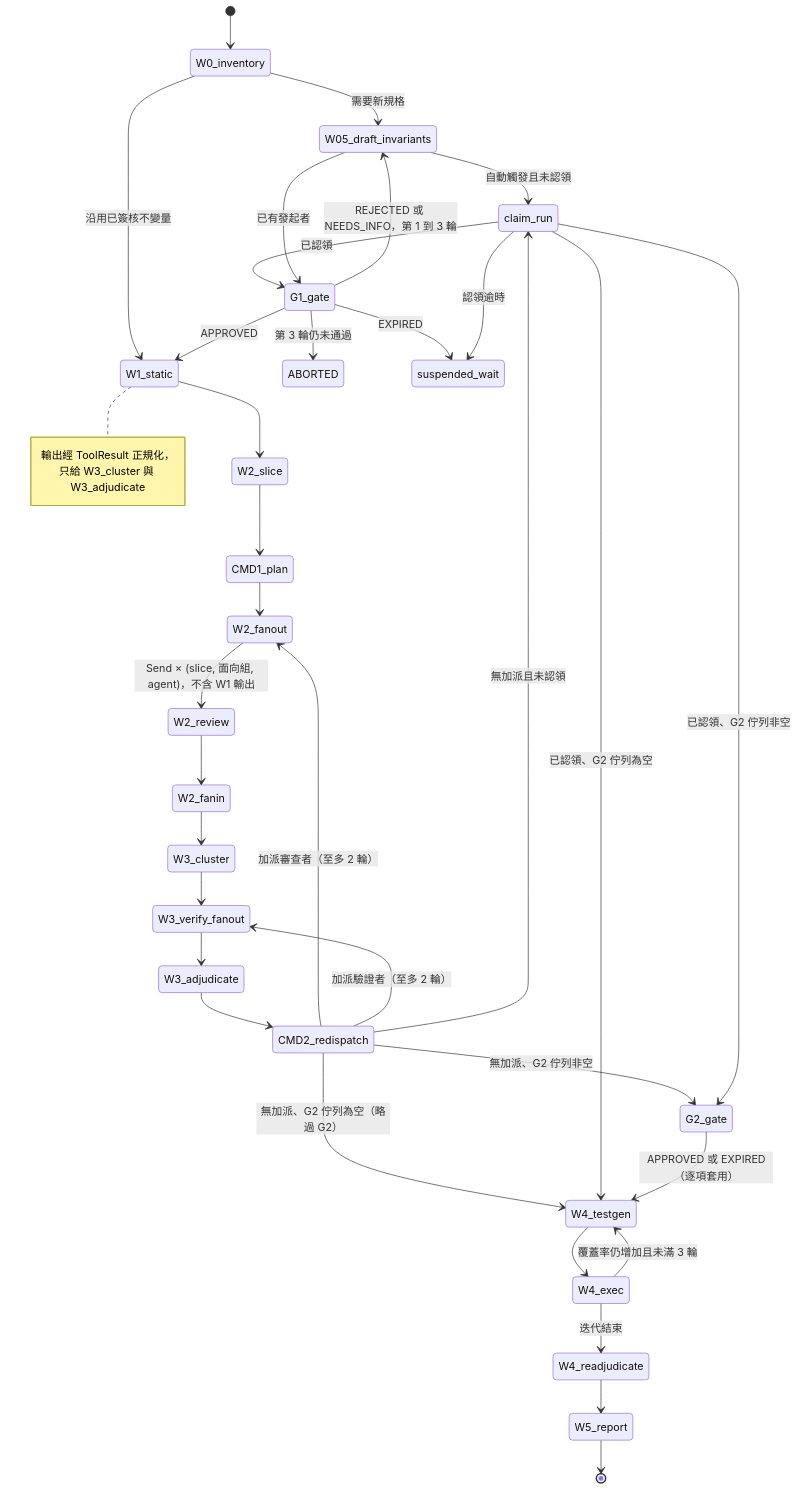
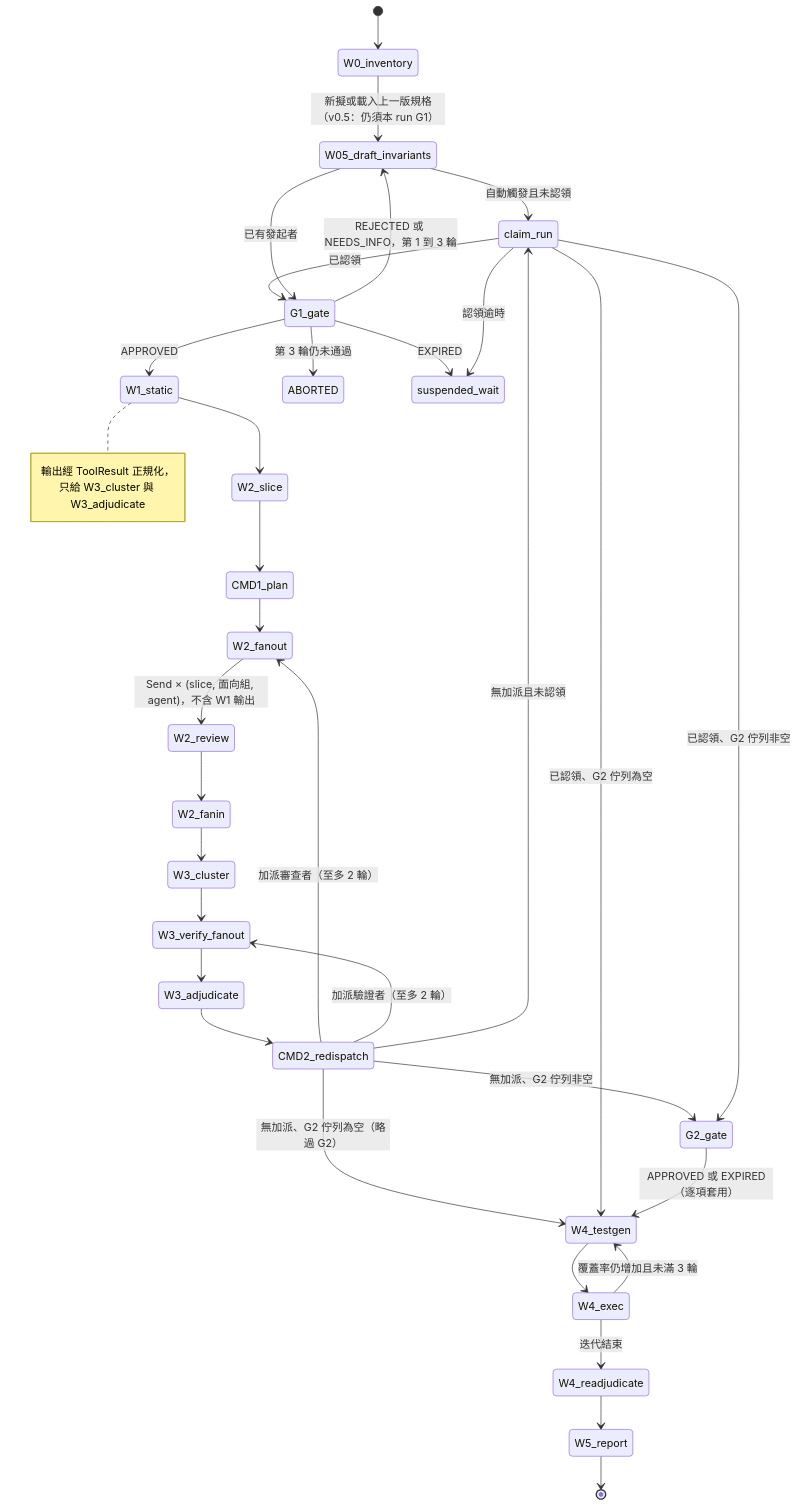
The fourth of 11 diagrams in docs/03-system-architecture.md (chinchiang/VibeCheckHarness), drawn with Mermaid before and after one commit. The commit also changed other lines of this file and 24 other files, not shown here.

````diff
--- a/docs/03-system-architecture.md
+++ b/docs/03-system-architecture.md
@@ -583,37 +583,36 @@
 ```mermaid
 stateDiagram-v2
   [*] --> W0_inventory
-  W0_inventory --> W05_draft_invariants: 需要新規格
-  W0_inventory --> W1_static: 沿用已簽核不變量
+  W0_inventory --> W05_draft_invariants: 新擬或載入上一版規格（v0.5：仍須本 run G1）
   W05_draft_invariants --> claim_run: 自動觸發且未認領
   claim_run --> G1_gate: 已認領
   W05_draft_invariants --> G1_gate: 已有發起者
   G1_gate --> W1_static: APPROVED
   G1_gate --> W05_draft_invariants: REJECTED 或 NEEDS_INFO，第 1 到 3 輪
   G1_gate --> ABORTED: 第 3 輪仍未通過
   G1_gate --> suspended_wait: EXPIRED
   W1_static --> W2_slice
   note right of W1_static : 輸出經 ToolResult 正規化，只給 W3_cluster 與 W3_adjudicate
   W2_slice --> CMD1_plan
   CMD1_plan --> W2_fanout
   W2_fanout --> W2_review: Send × (slice, 面向組, agent)，不含 W1 輸出
   W2_review --> W2_fanin
   W2_fanin --> W3_cluster
   W3_cluster --> W3_verify_fanout
   W3_verify_fanout --> W3_adjudicate
   W3_adjudicate --> CMD2_redispatch
   CMD2_redispatch --> W2_fanout: 加派審查者（至多 2 輪）
   CMD2_redispatch --> W3_verify_fanout: 加派驗證者（至多 2 輪）
   CMD2_redispatch --> claim_run: 無加派且未認領
   CMD2_redispatch --> G2_gate: 無加派、G2 佇列非空
   CMD2_redispatch --> W4_testgen: 無加派、G2 佇列為空（略過 G2）
   claim_run --> G2_gate: 已認領、G2 佇列非空
   claim_run --> W4_testgen: 已認領、G2 佇列為空
   claim_run --> suspended_wait: 認領逾時
   G2_gate --> W4_testgen: APPROVED 或 EXPIRED（逐項套用）
   W4_testgen --> W4_exec
   W4_exec --> W4_testgen: 覆蓋率仍增加且未滿 3 輪
   W4_exec --> W4_readjudicate: 迭代結束
   W4_readjudicate --> W5_report
   W5_report --> [*]
 ```
````
